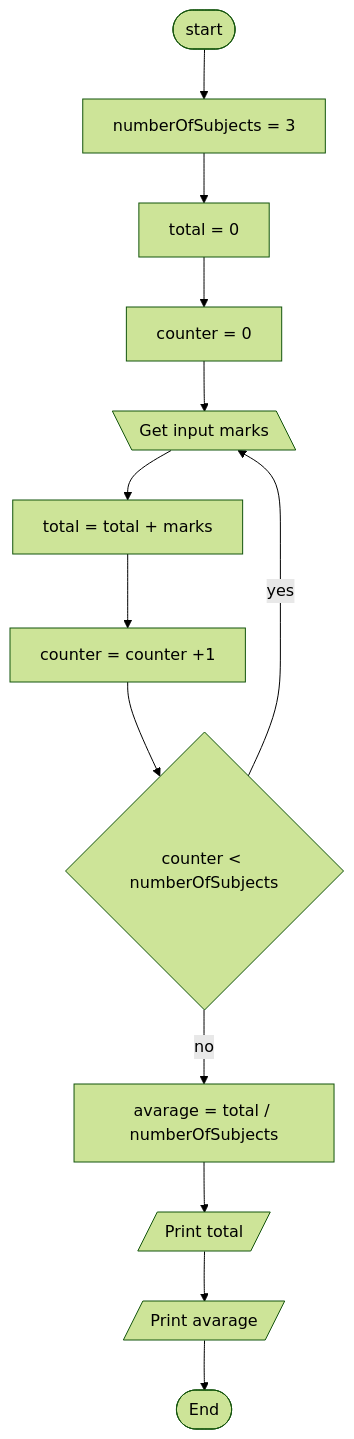
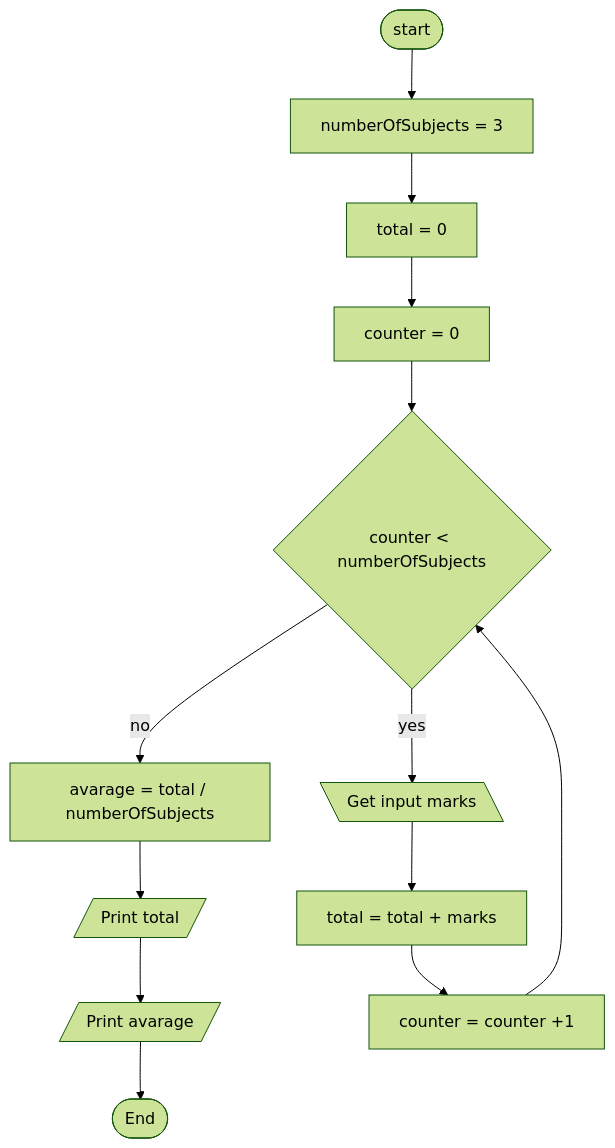
One commit to AntonHallgren/Lexicon-Workshop-2-Algorithm-and-Flowchart changed the first of 9 diagrams in README.md. Above: the diagram before and after it, drawn with Mermaid (forest theme). The commit also changed other lines of this file, not shown here.

Commit message:
I fixed a misstake in my flowcharts with loops, the condition chould be checked at the start of the repeated code rather than the end

````diff
--- a/README.md
+++ b/README.md
@@ -23,17 +23,24 @@
 ```mermaid
 flowchart TD
 start([start]) -->
 initNSubjects[numberOfSubjects = 3] -->
 initTotal[total = 0] -->
 initcounter[counter = 0] -->
-input[\Get input marks\] --> 
-add[total = total + marks] -->
-incrementCounter[counter = counter +1] -->
 loop{counter < numberOfSubjects} -- no -->
+
 initAvarage[avarage = total / numberOfSubjects] --> 
 displayTotal[/Print total/]-->
 displayAvarage[/Print avarage/] -->
 END([End])
 
-loop -- yes --> input
+
+
+
+
+
+loop -- yes --> 
+input[\Get input marks\] --> 
+add[total = total + marks] -->
+incrementCounter[counter = counter +1] -->
+loop
 ```
````
